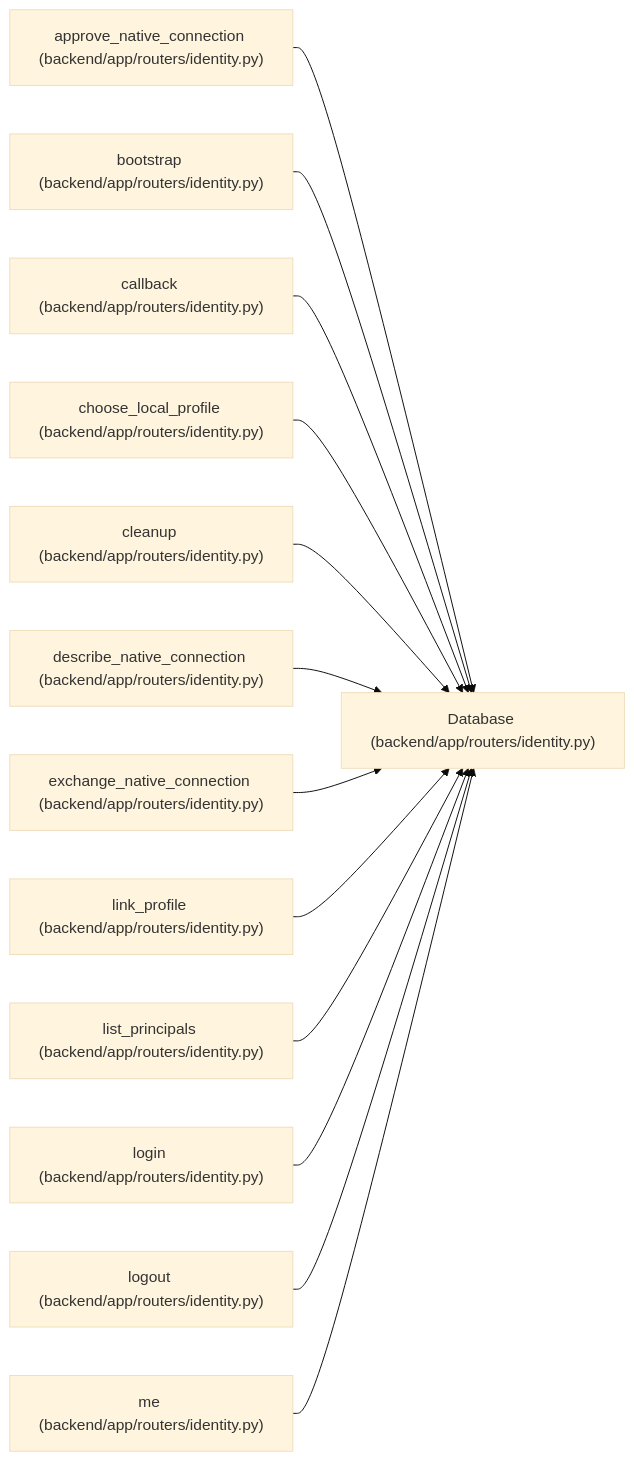
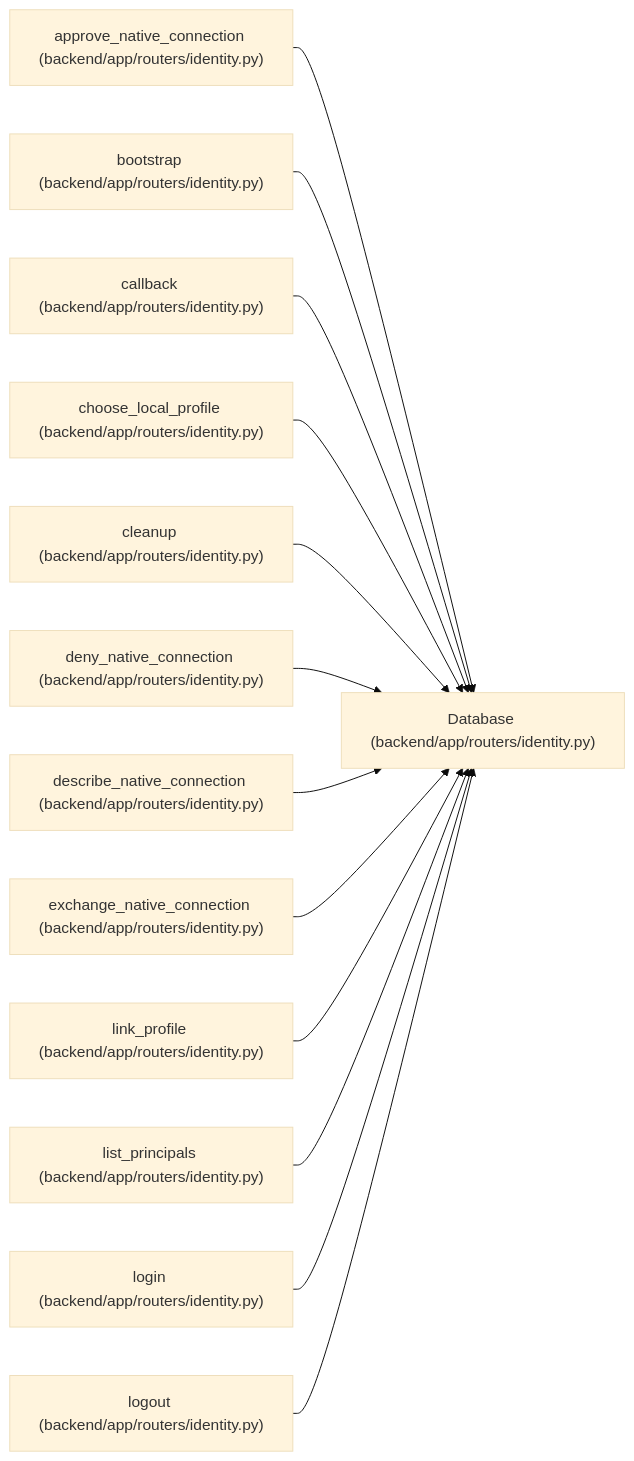
The diagram in docs/llm_wiki/entities/routers_identity_Database.md (Denissvgn/WorkChord), drawn with Mermaid (base theme) before and after one commit. The commit also changed other lines of this file and 500 other files, not shown here.

````diff
--- a/docs/llm_wiki/entities/routers_identity_Database.md
+++ b/docs/llm_wiki/entities/routers_identity_Database.md
@@ -24,41 +24,41 @@
 ```mermaid
 flowchart LR
     n0["Database (backend/app/routers/identity.py)"]
     n1["approve_native_connection (backend/app/routers/identity.py)"]
     n2["bootstrap (backend/app/routers/identity.py)"]
     n3["callback (backend/app/routers/identity.py)"]
     n4["choose_local_profile (backend/app/routers/identity.py)"]
     n5["cleanup (backend/app/routers/identity.py)"]
-    n6["describe_native_connection (backend/app/routers/identity.py)"]
-    n7["exchange_native_connection (backend/app/routers/identity.py)"]
-    n8["link_profile (backend/app/routers/identity.py)"]
-    n9["list_principals (backend/app/routers/identity.py)"]
-    n10["login (backend/app/routers/identity.py)"]
-    n11["logout (backend/app/routers/identity.py)"]
-    n12["me (backend/app/routers/identity.py)"]
+    n6["deny_native_connection (backend/app/routers/identity.py)"]
+    n7["describe_native_connection (backend/app/routers/identity.py)"]
+    n8["exchange_native_connection (backend/app/routers/identity.py)"]
+    n9["link_profile (backend/app/routers/identity.py)"]
+    n10["list_principals (backend/app/routers/identity.py)"]
+    n11["login (backend/app/routers/identity.py)"]
+    n12["logout (backend/app/routers/identity.py)"]
     n1 --> n0
     n2 --> n0
     n3 --> n0
     n4 --> n0
     n5 --> n0
     n6 --> n0
     n7 --> n0
     n8 --> n0
     n9 --> n0
     n10 --> n0
     n11 --> n0
     n12 --> n0
     click n0 "../modules/routers_identity.md"
     click n1 "../modules/routers_identity.md"
     click n2 "../modules/routers_identity.md"
     click n3 "../modules/routers_identity.md"
     click n4 "../modules/routers_identity.md"
     click n5 "../modules/routers_identity.md"
     click n6 "../modules/routers_identity.md"
     click n7 "../modules/routers_identity.md"
     click n8 "../modules/routers_identity.md"
     click n9 "../modules/routers_identity.md"
     click n10 "../modules/routers_identity.md"
     click n11 "../modules/routers_identity.md"
     click n12 "../modules/routers_identity.md"
 ```
````
